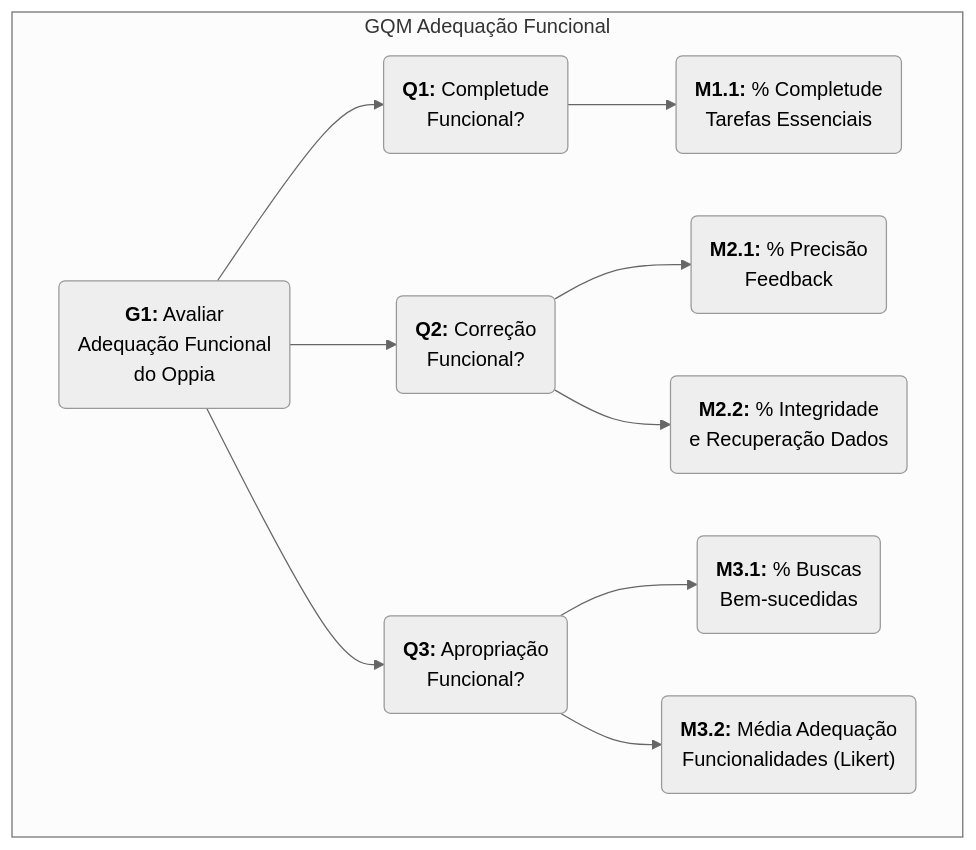
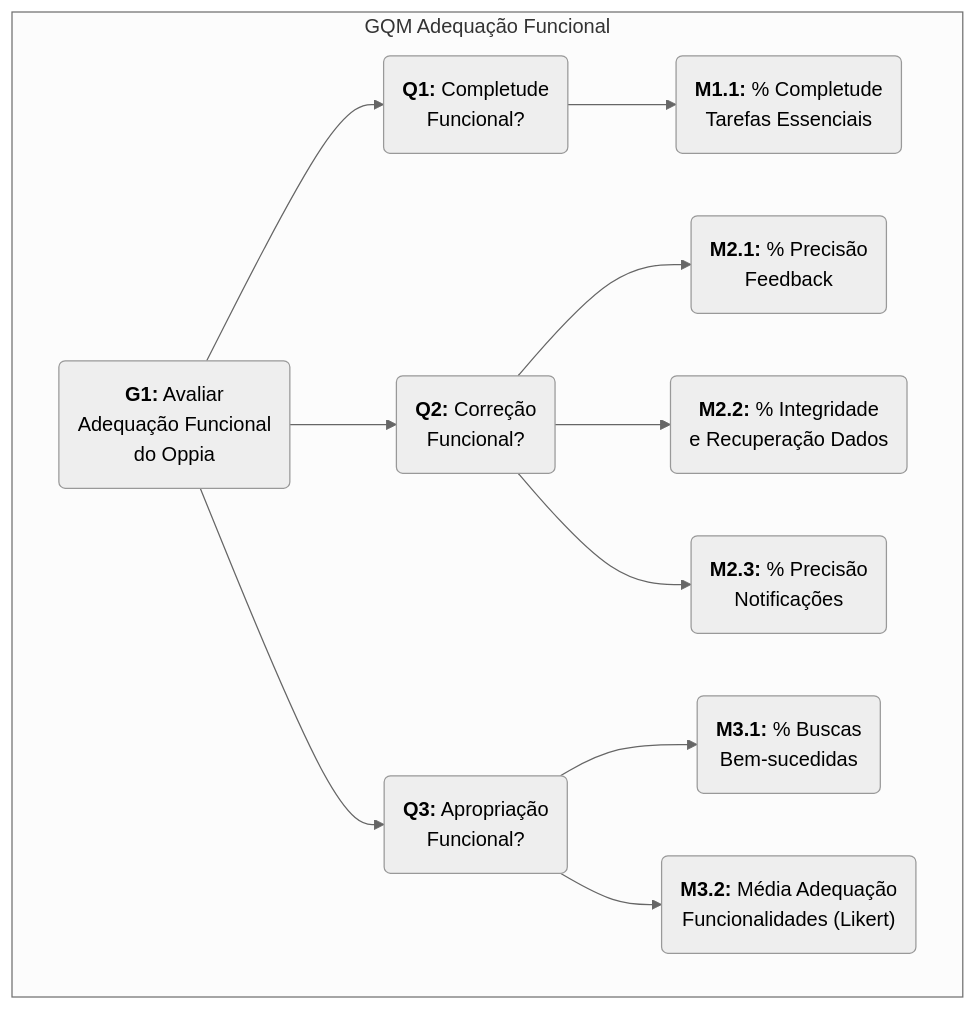
The diagram in docs/fase2/02_adequacao_funcional.md (FCTE-Qualidade-de-Software-1/2025-2_T02_Radia_Perlman), drawn with Mermaid (neutral theme) before and after one commit. The commit also changed other lines of this file and 1 other file, not shown here.

Commit message:
arrumando metrica 2.3 da adequaçao funcional

````diff
--- a/docs/fase2/02_adequacao_funcional.md
+++ b/docs/fase2/02_adequacao_funcional.md
@@ -49,16 +49,17 @@
 ```mermaid
-  graph TD
+    graph TD
       subgraph GQM Adequação Funcional
           G1("<b>G1:</b> Avaliar<br>Adequação Funcional<br>do Oppia") --> Q1("<b>Q1:</b> Completude<br>Funcional?");
           G1 --> Q2("<b>Q2:</b> Correção<br>Funcional?");
           G1 --> Q3("<b>Q3:</b> Apropriação<br>Funcional?");
 
           Q1 --> M1_1("<b>M1.1:</b> % Completude<br>Tarefas Essenciais");
 
           Q2 --> M2_1("<b>M2.1:</b> % Precisão<br>Feedback");
           Q2 --> M2_2("<b>M2.2:</b> % Integridade<br>e Recuperação Dados");
+          Q2 --> M2_3("<b>M2.3:</b> % Precisão<br>Notificações");
 
           Q3 --> M3_1("<b>M3.1:</b> % Buscas<br>Bem-sucedidas");
           Q3 --> M3_2("<b>M3.2:</b> Média Adequação<br>Funcionalidades (Likert)");
       end
 ```
````
